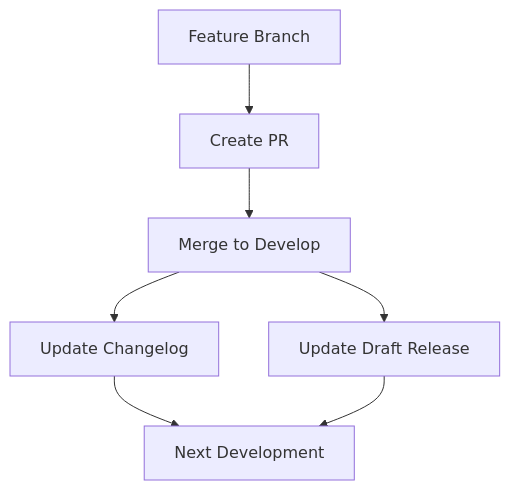
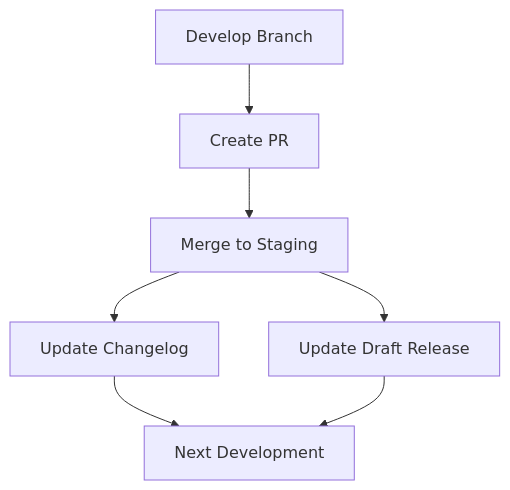
Before and after one commit to deepworks-net/github.toolkit: the first of 4 diagrams in docs/release-process.md, drawn with Mermaid. The commit also changed other lines of this file, not shown here.

First line of the commit message:
Update release process to reflect develop → staging → main workflow

````diff
--- a/docs/release-process.md
+++ b/docs/release-process.md
@@ -9,9 +9,9 @@
 ```mermaid
 graph TD
-    A[Feature Branch] --> B[Create PR]
-    B --> C[Merge to Develop]
+    A[Develop Branch] --> B[Create PR]
+    B --> C[Merge to Staging]
     C --> D[Update Changelog]
     C --> E[Update Draft Release]
     D --> F[Next Development]
     E --> F
 ```
````
